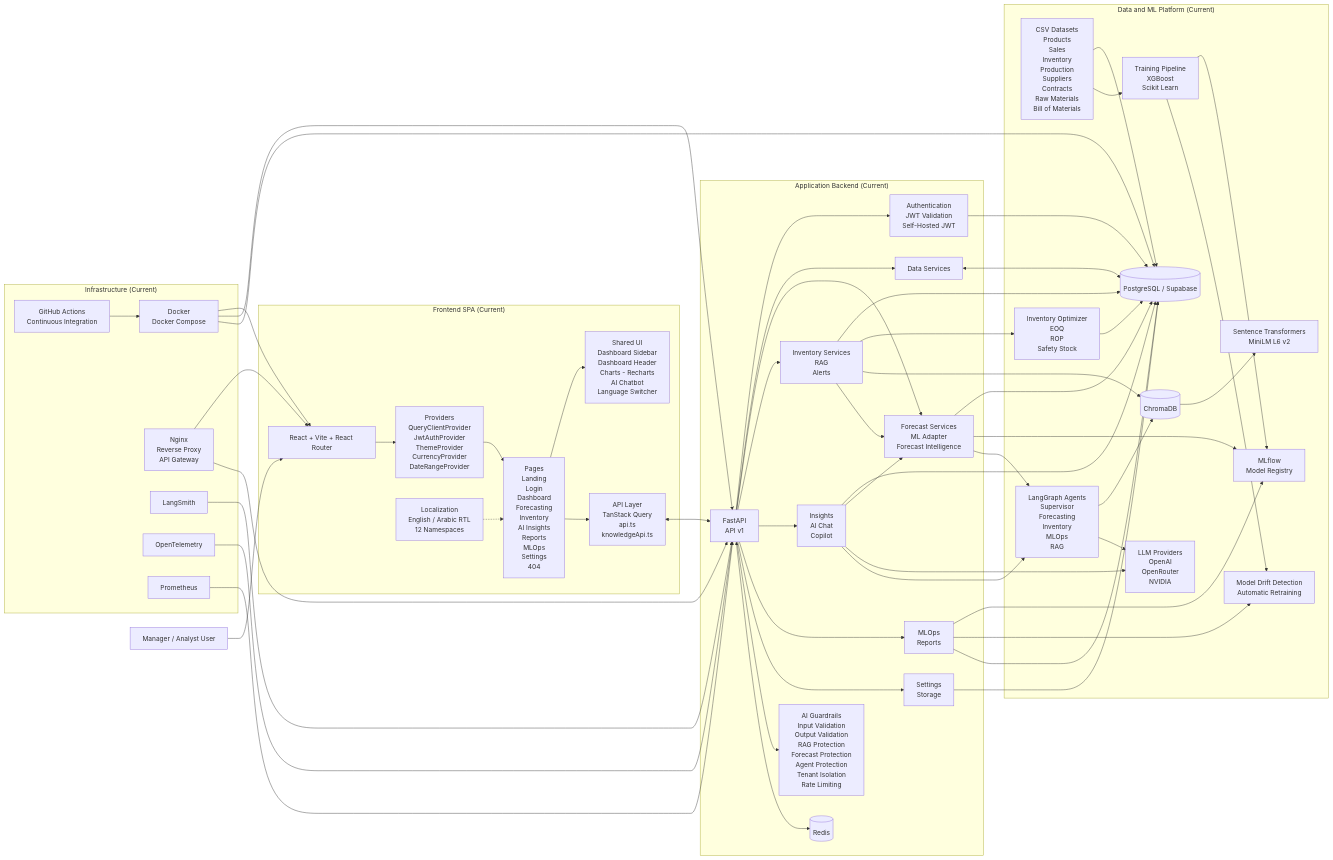
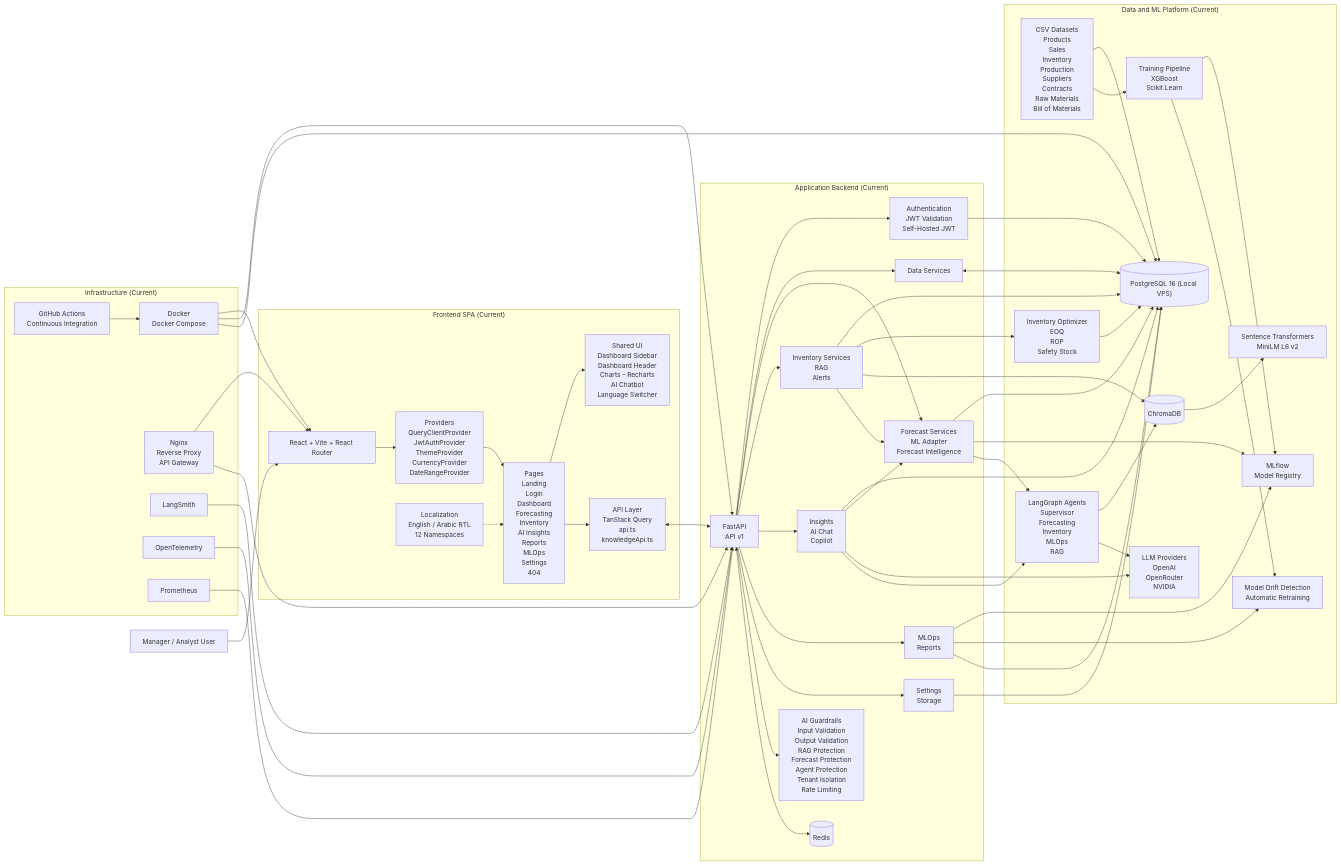
The first of 3 diagrams in architecture-diagrams.md (IbrahimAbdelsattar/SupplyMindAI), drawn with Mermaid before and after one commit. The commit also changed 5 other files, not shown here.

First line of the commit message:
refactor(db): remove Supabase dependencies and configure local PostgreSQL defaults

```diff
--- a/architecture-diagrams.md
+++ b/architecture-diagrams.md
@@ -58,7 +58,7 @@
 
     subgraph DATA["Data and ML Platform (Current)"]
         raw["CSV Datasets<br/>Products<br/>Sales<br/>Inventory<br/>Production<br/>Suppliers<br/>Contracts<br/>Raw Materials<br/>Bill of Materials"]
-        postgres[("PostgreSQL / Supabase")]
+        postgres[("PostgreSQL 16 (Local VPS)")]
         training["Training Pipeline<br/>XGBoost<br/>Scikit Learn"]
         registry["MLflow<br/>Model Registry"]
         drift["Model Drift Detection<br/>Automatic Retraining"]
```
